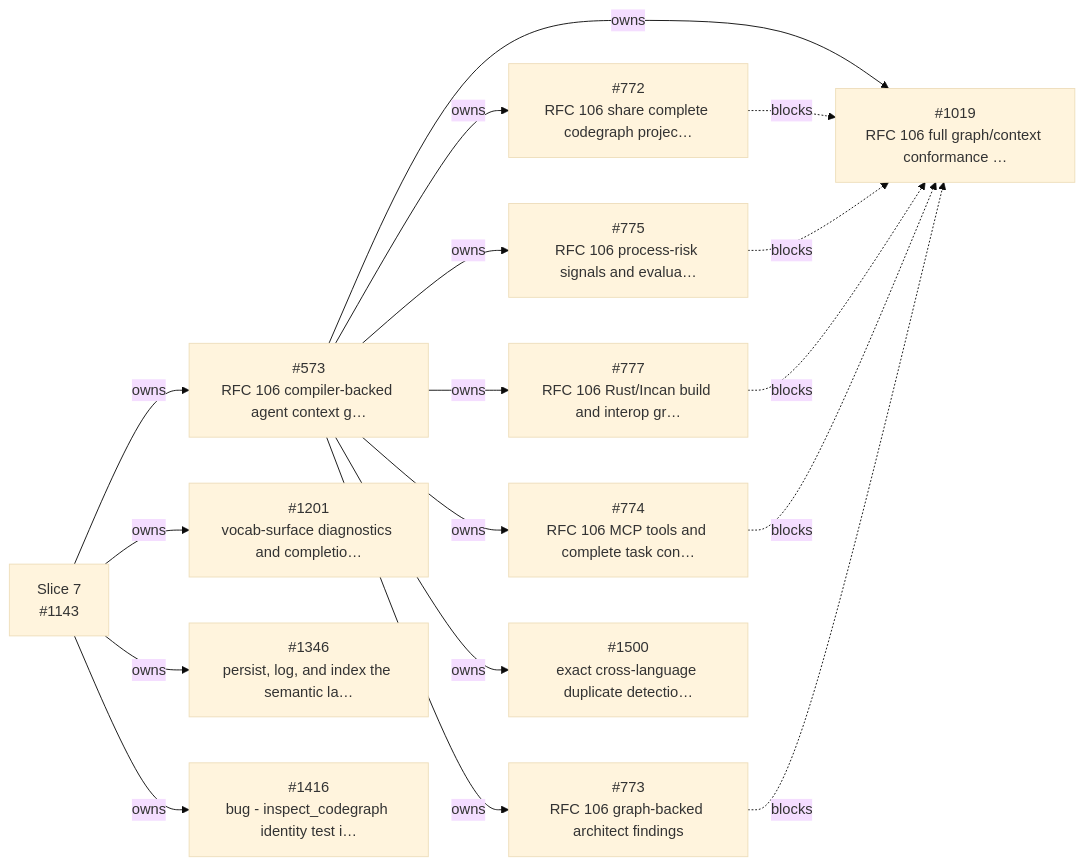
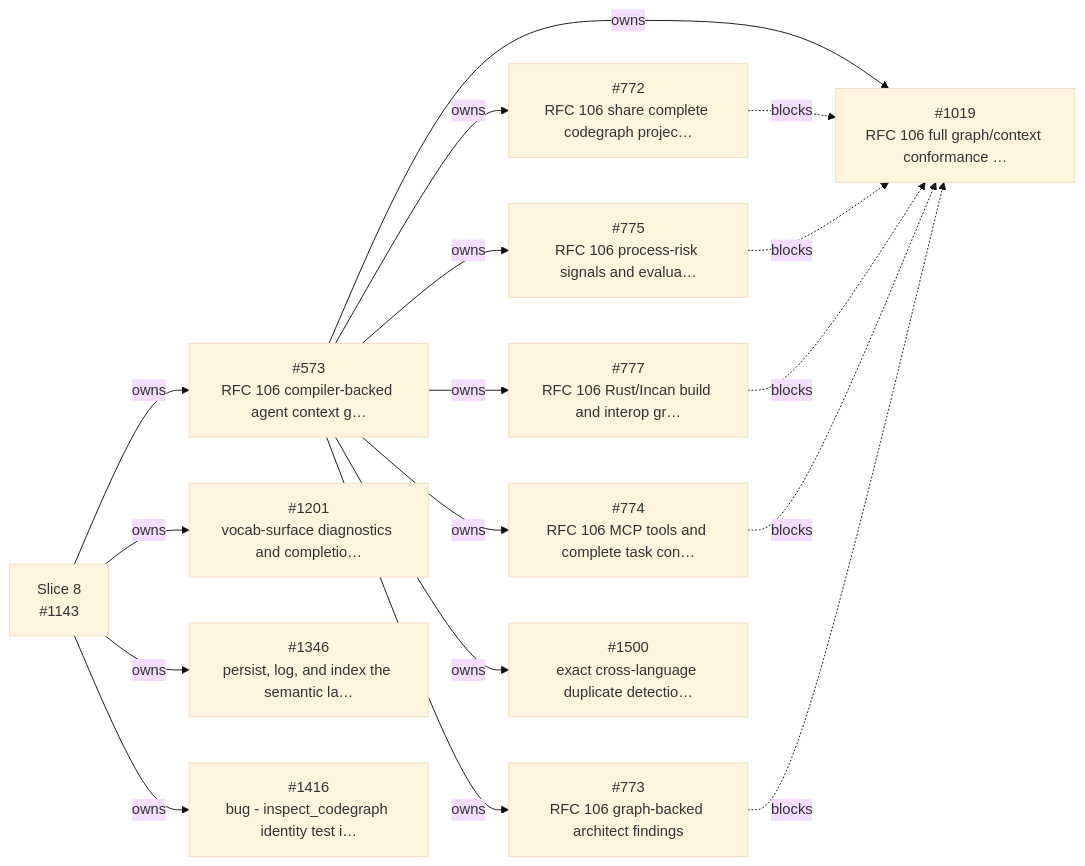
Before and after one commit to encero-systems/incan: the eighth of 12 diagrams in workspaces/docs-site/docs/_snippets/project/v0_6_roadmap.md, drawn with Mermaid (base theme). The commit also changed other lines of this file and 7 other files, not shown here.

````diff
--- a/workspaces/docs-site/docs/_snippets/project/v0_6_roadmap.md
+++ b/workspaces/docs-site/docs/_snippets/project/v0_6_roadmap.md
@@ -480,43 +514,43 @@
 ```mermaid
 flowchart LR
   i573["#573<br/>RFC 106 compiler-backed agent context g…"]
   i772["#772<br/>RFC 106 share complete codegraph projec…"]
   i773["#773<br/>RFC 106 graph-backed architect findings"]
   i774["#774<br/>RFC 106 MCP tools and complete task con…"]
   i775["#775<br/>RFC 106 process-risk signals and evalua…"]
   i777["#777<br/>RFC 106 Rust/Incan build and interop gr…"]
   i1019["#1019<br/>RFC 106 full graph/context conformance …"]
-  s1143["Slice 7<br/>#1143"]
+  s1143["Slice 8<br/>#1143"]
   i1201["#1201<br/>vocab-surface diagnostics and completio…"]
   i1346["#1346<br/>persist, log, and index the semantic la…"]
   i1416["#1416<br/>bug - inspect_codegraph identity test i…"]
   i1500["#1500<br/>exact cross-language duplicate detectio…"]
   s1143 -- owns --> i573
   i573 -- owns --> i772
   i573 -- owns --> i773
   i573 -- owns --> i774
   i573 -- owns --> i775
   i573 -- owns --> i777
   i573 -- owns --> i1019
   s1143 -- owns --> i1201
   s1143 -- owns --> i1346
   s1143 -- owns --> i1416
   i573 -- owns --> i1500
   i772 -. blocks .-> i1019
   i775 -. blocks .-> i1019
   i777 -. blocks .-> i1019
   i774 -. blocks .-> i1019
   i773 -. blocks .-> i1019
   click i573 href "https://github.com/encero-systems/incan/issues/573" "Open #573 on GitHub"
   click i772 href "https://github.com/encero-systems/incan/issues/772" "Open #772 on GitHub"
   click i773 href "https://github.com/encero-systems/incan/issues/773" "Open #773 on GitHub"
   click i774 href "https://github.com/encero-systems/incan/issues/774" "Open #774 on GitHub"
   click i775 href "https://github.com/encero-systems/incan/issues/775" "Open #775 on GitHub"
   click i777 href "https://github.com/encero-systems/incan/issues/777" "Open #777 on GitHub"
   click i1019 href "https://github.com/encero-systems/incan/issues/1019" "Open #1019 on GitHub"
   click s1143 href "https://github.com/encero-systems/incan/issues/1143" "Open #1143 on GitHub"
   click i1201 href "https://github.com/encero-systems/incan/issues/1201" "Open #1201 on GitHub"
   click i1346 href "https://github.com/encero-systems/incan/issues/1346" "Open #1346 on GitHub"
   click i1416 href "https://github.com/encero-systems/incan/issues/1416" "Open #1416 on GitHub"
   click i1500 href "https://github.com/encero-systems/incan/issues/1500" "Open #1500 on GitHub"
 ```
````
